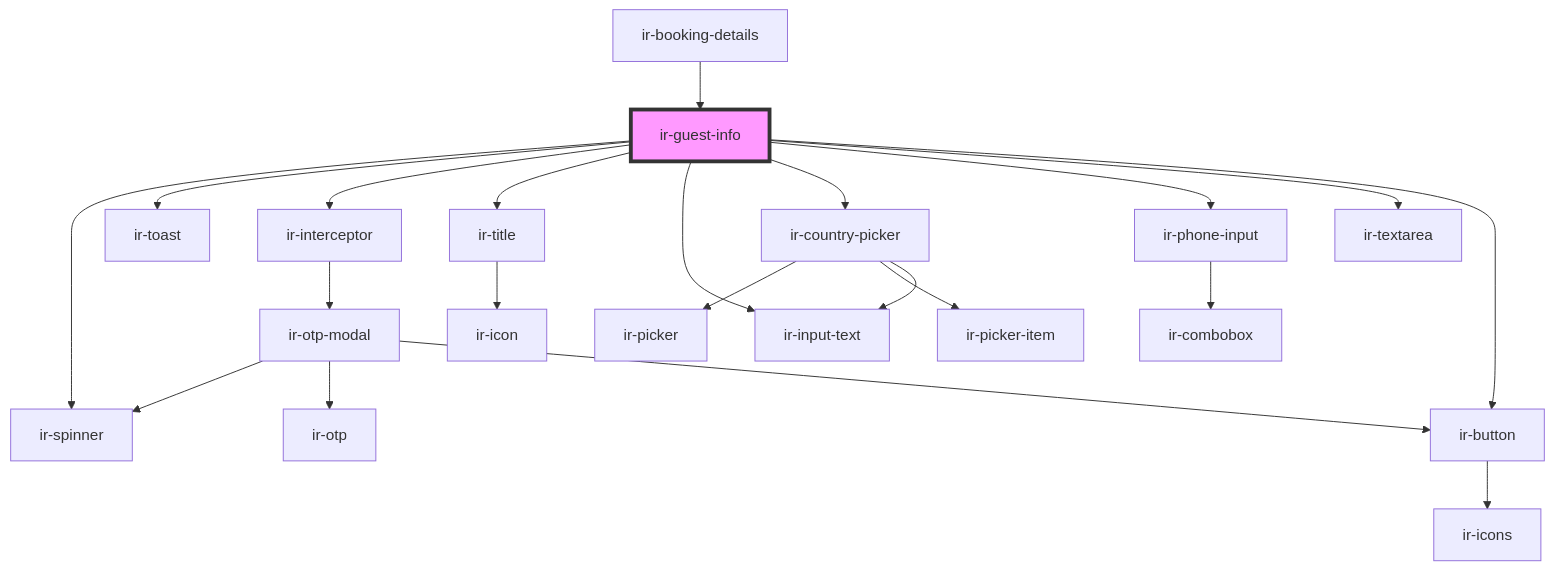
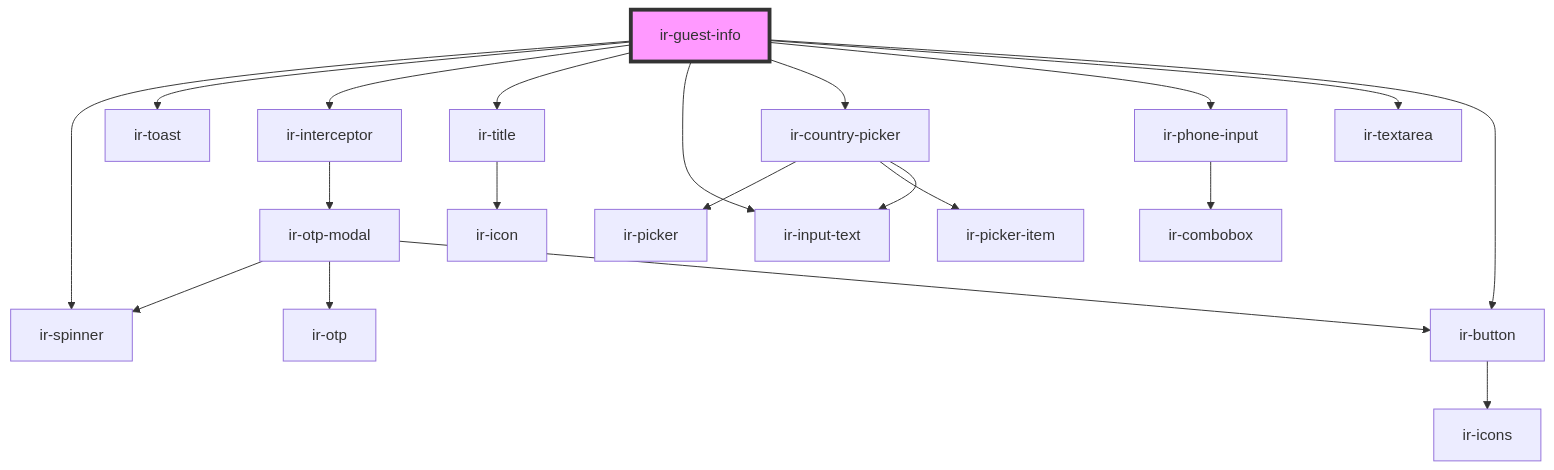
The diagram in src/components/ir-guest-info/readme.md (David1Chowaifaty/modified-ir-webcmp), drawn with Mermaid before and after one commit. The commit also changed other lines of this file and 16 other files, not shown here.

````diff
--- a/src/components/ir-guest-info/readme.md
+++ b/src/components/ir-guest-info/readme.md
@@ -48,24 +44,23 @@
 ```mermaid
 graph TD;
   ir-guest-info --> ir-spinner
   ir-guest-info --> ir-toast
   ir-guest-info --> ir-interceptor
   ir-guest-info --> ir-title
   ir-guest-info --> ir-input-text
   ir-guest-info --> ir-country-picker
   ir-guest-info --> ir-phone-input
   ir-guest-info --> ir-textarea
   ir-guest-info --> ir-button
   ir-interceptor --> ir-otp-modal
   ir-otp-modal --> ir-spinner
   ir-otp-modal --> ir-otp
   ir-otp-modal --> ir-button
   ir-button --> ir-icons
   ir-title --> ir-icon
   ir-country-picker --> ir-picker
   ir-country-picker --> ir-picker-item
   ir-country-picker --> ir-input-text
   ir-phone-input --> ir-combobox
-  ir-booking-details --> ir-guest-info
   style ir-guest-info fill:#f9f,stroke:#333,stroke-width:4px
 ```
````
